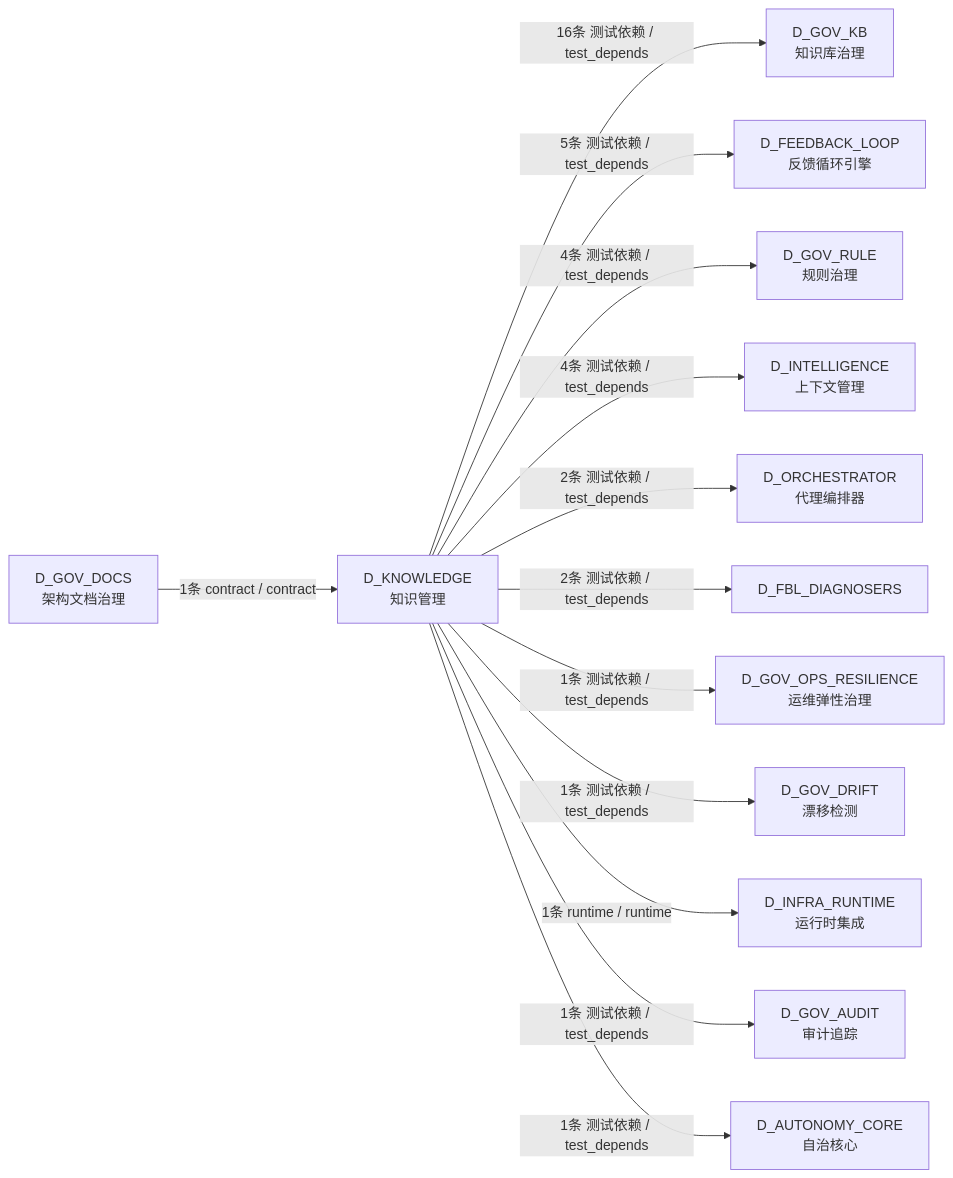
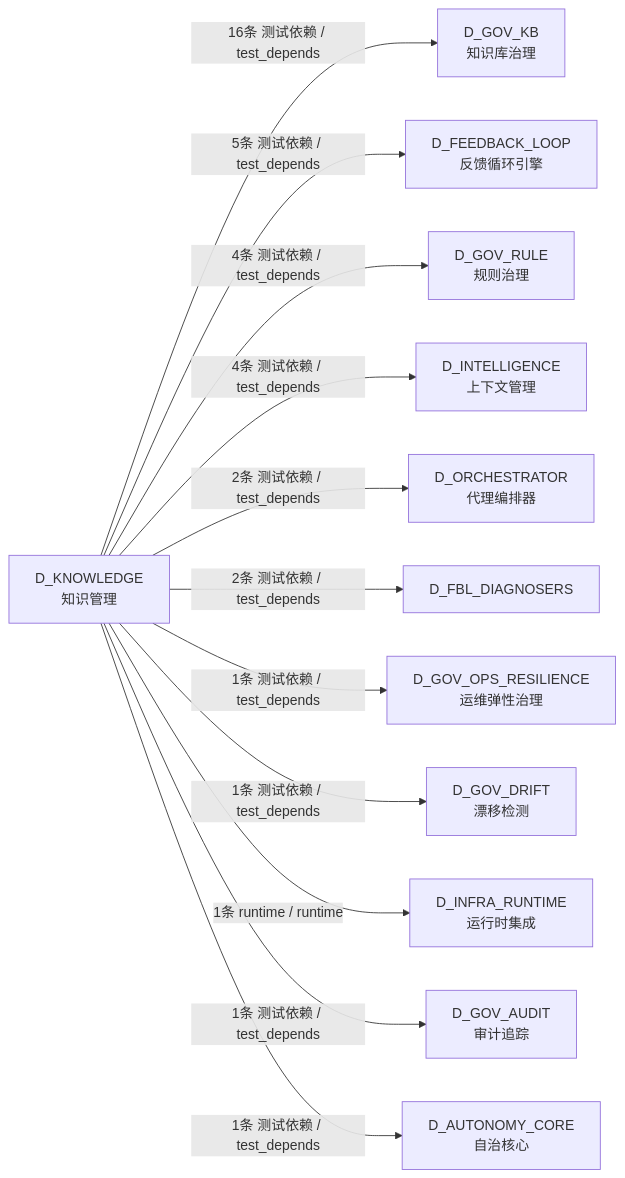
One commit to xuanFelixVan/ZephyrAlpha changed the fifth of 5 diagrams in docs/02_enterprise_architecture/02_domain_architecture_docs/48_d_knowledge.md. Above: the diagram before and after it, drawn with Mermaid. The commit also changed other lines of this file and 125 other files, not shown here.

````diff
--- a/docs/02_enterprise_architecture/02_domain_architecture_docs/48_d_knowledge.md
+++ b/docs/02_enterprise_architecture/02_domain_architecture_docs/48_d_knowledge.md
@@ -363,28 +358,26 @@
 ```mermaid
 graph LR
     D_KNOWLEDGE["D_KNOWLEDGE<br/>知识管理"]
     D_GOV_KB["D_GOV_KB<br/>知识库治理"]
     D_FEEDBACK_LOOP["D_FEEDBACK_LOOP<br/>反馈循环引擎"]
     D_GOV_RULE["D_GOV_RULE<br/>规则治理"]
     D_INTELLIGENCE["D_INTELLIGENCE<br/>上下文管理"]
     D_ORCHESTRATOR["D_ORCHESTRATOR<br/>代理编排器"]
     D_FBL_DIAGNOSERS["D_FBL_DIAGNOSERS"]
     D_GOV_OPS_RESILIENCE["D_GOV_OPS_RESILIENCE<br/>运维弹性治理"]
     D_GOV_DRIFT["D_GOV_DRIFT<br/>漂移检测"]
     D_INFRA_RUNTIME["D_INFRA_RUNTIME<br/>运行时集成"]
     D_GOV_AUDIT["D_GOV_AUDIT<br/>审计追踪"]
     D_AUTONOMY_CORE["D_AUTONOMY_CORE<br/>自治核心"]
-    D_GOV_DOCS["D_GOV_DOCS<br/>架构文档治理"]
     D_KNOWLEDGE -->|16条 测试依赖 / test_depends| D_GOV_KB
     D_KNOWLEDGE -->|5条 测试依赖 / test_depends| D_FEEDBACK_LOOP
     D_KNOWLEDGE -->|4条 测试依赖 / test_depends| D_GOV_RULE
     D_KNOWLEDGE -->|4条 测试依赖 / test_depends| D_INTELLIGENCE
     D_KNOWLEDGE -->|2条 测试依赖 / test_depends| D_ORCHESTRATOR
     D_KNOWLEDGE -->|2条 测试依赖 / test_depends| D_FBL_DIAGNOSERS
     D_KNOWLEDGE -->|1条 测试依赖 / test_depends| D_GOV_OPS_RESILIENCE
     D_KNOWLEDGE -->|1条 测试依赖 / test_depends| D_GOV_DRIFT
     D_KNOWLEDGE -->|1条 runtime / runtime| D_INFRA_RUNTIME
     D_KNOWLEDGE -->|1条 测试依赖 / test_depends| D_GOV_AUDIT
     D_KNOWLEDGE -->|1条 测试依赖 / test_depends| D_AUTONOMY_CORE
-    D_GOV_DOCS -->|1条 contract / contract| D_KNOWLEDGE
 ```
````
